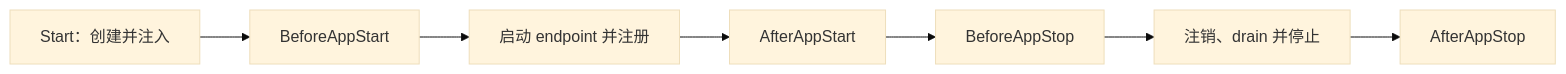
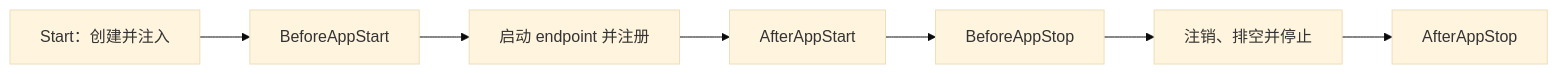
The diagram in i18n/zh-CN/docusaurus-plugin-content-docs/current/framework/components.md (yorun-ai/vine-site), drawn with Mermaid (base theme) before and after one commit. The commit also changed other lines of this file and 22 other files, not shown here.

````diff
--- a/i18n/zh-CN/docusaurus-plugin-content-docs/current/framework/components.md
+++ b/i18n/zh-CN/docusaurus-plugin-content-docs/current/framework/components.md
@@ -81,5 +81,5 @@
 ```mermaid
 flowchart LR
   Create["Start：创建并注入"] --> BeforeStart["BeforeAppStart"] --> Start["启动 endpoint 并注册"] --> AfterStart["AfterAppStart"]
-  AfterStart --> BeforeStop["BeforeAppStop"] --> Stop["注销、drain 并停止"] --> AfterStop["AfterAppStop"]
+  AfterStart --> BeforeStop["BeforeAppStop"] --> Stop["注销、排空并停止"] --> AfterStop["AfterAppStop"]
 ```
````
